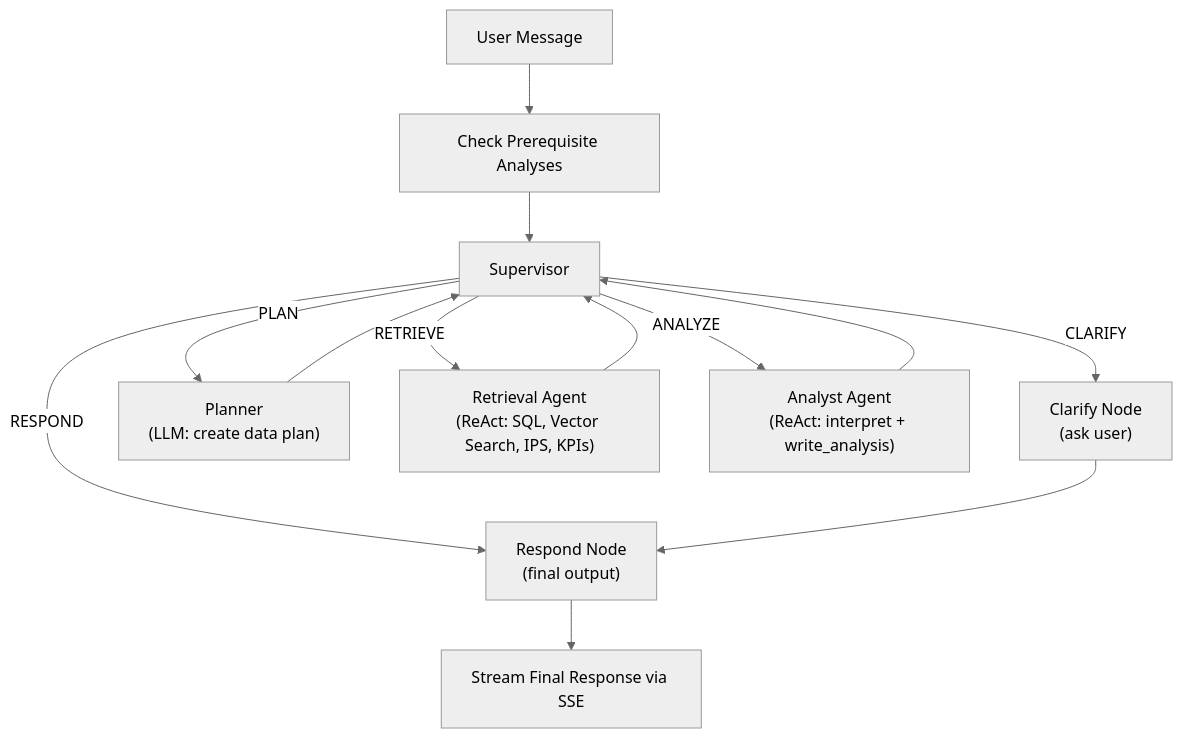
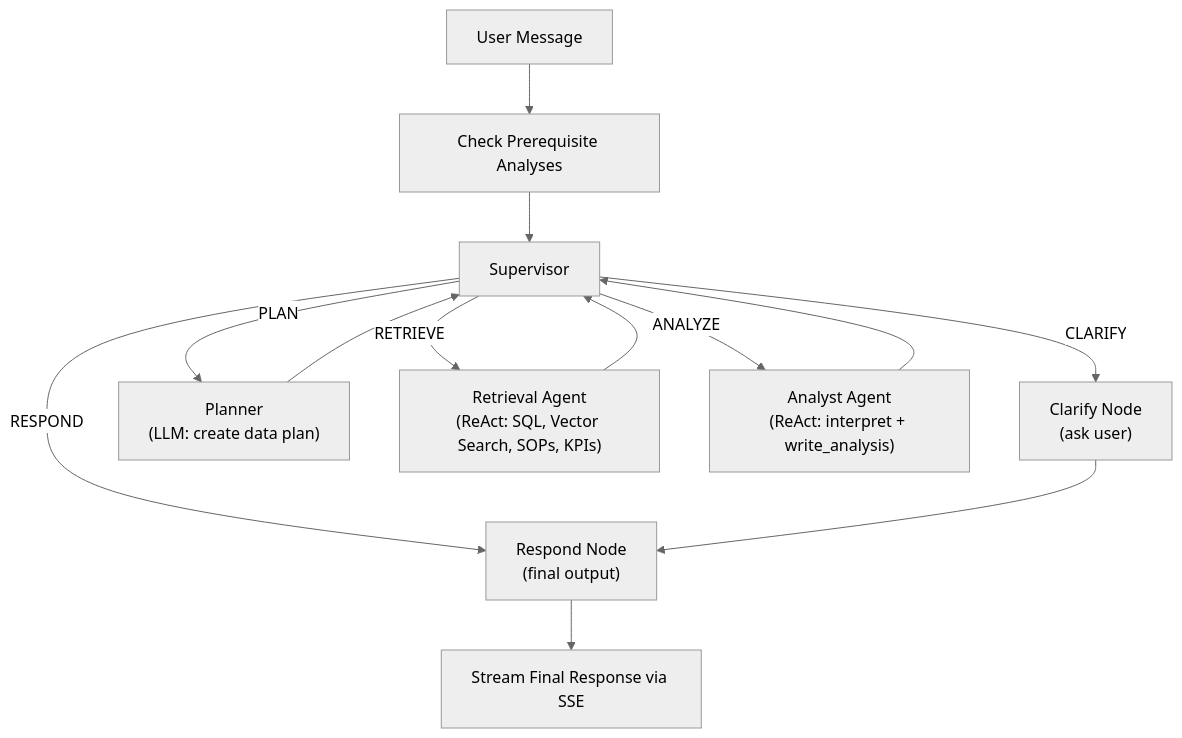
The third of 4 diagrams in README.md (databricks-solutions/hospital-control-tower-agentic-nba), drawn with Mermaid (neutral theme) before and after one commit. The commit also changed other lines of this file and 64 other files, not shown here.

````diff
--- a/README.md
+++ b/README.md
@@ -148,17 +148,17 @@
 ```mermaid
 graph TD
     User[User Message] --> Prereq["Check Prerequisite Analyses"]
     Prereq --> Supervisor
 
     Supervisor -->|CLARIFY| Clarify["Clarify Node\n(ask user)"]
     Supervisor -->|PLAN| Planner["Planner\n(LLM: create data plan)"]
-    Supervisor -->|RETRIEVE| Retrieval["Retrieval Agent\n(ReAct: SQL, Vector Search, IPS, KPIs)"]
+    Supervisor -->|RETRIEVE| Retrieval["Retrieval Agent\n(ReAct: SQL, Vector Search, SOPs, KPIs)"]
     Supervisor -->|ANALYZE| Analyst["Analyst Agent\n(ReAct: interpret + write_analysis)"]
     Supervisor -->|RESPOND| Respond["Respond Node\n(final output)"]
 
     Planner --> Supervisor
     Retrieval --> Supervisor
     Analyst --> Supervisor
     Clarify --> Respond
     Respond --> Done[Stream Final Response via SSE]
 ```
````
